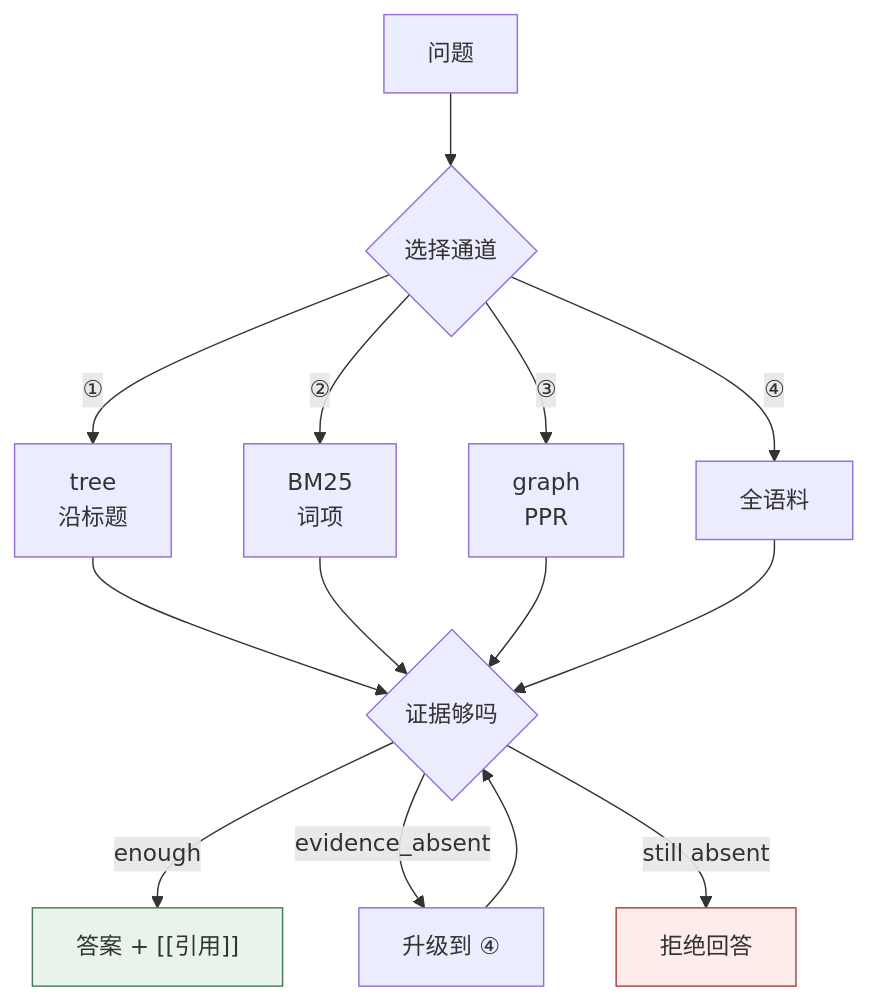
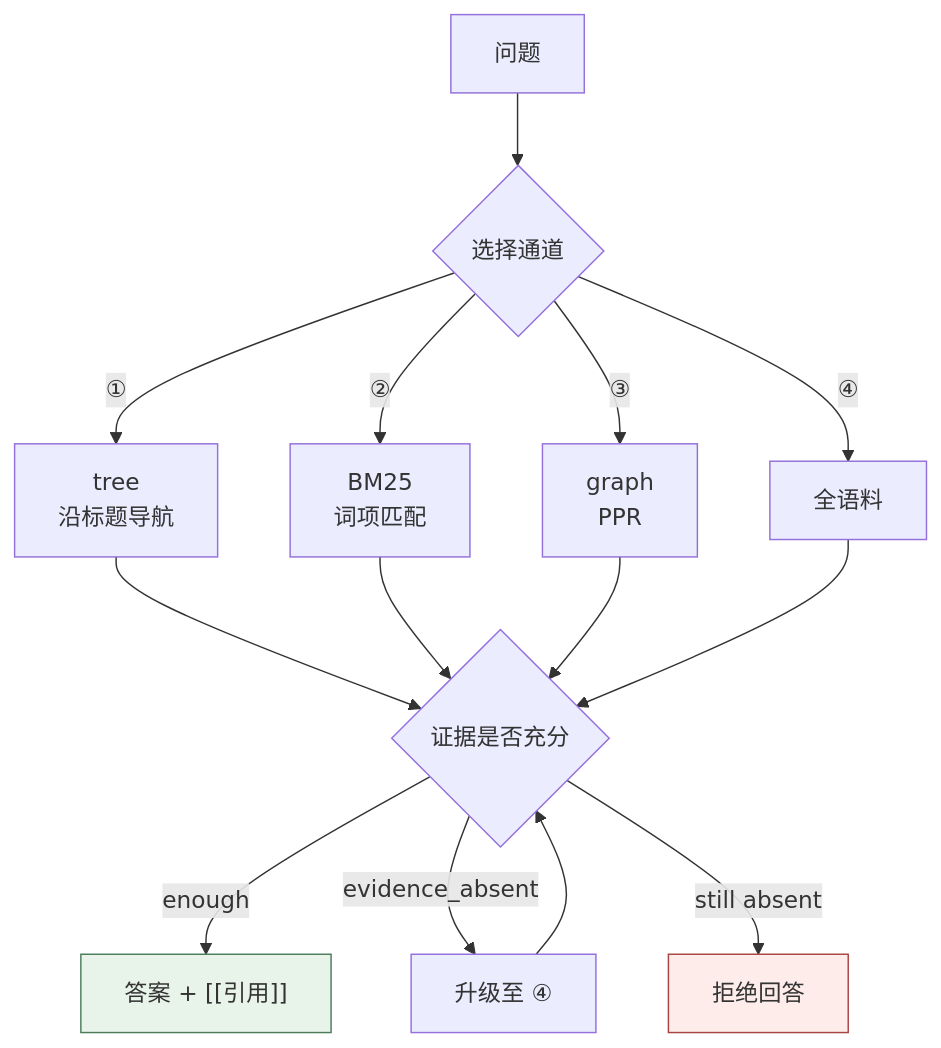
The second of 3 diagrams in README.md (DeepTrial/KoiosBase), drawn with Mermaid before and after one commit. The commit also changed other lines of this file and 5 other files, not shown here.

````diff
--- a/README.md
+++ b/README.md
@@ -131,18 +134,18 @@
 ```mermaid
 flowchart TD
     Q[问题] --> C{"选择通道"}
-    C -->|①| T["tree<br/>沿标题"]
-    C -->|②| B25["BM25<br/>词项"]
+    C -->|①| T["tree<br/>沿标题导航"]
+    C -->|②| B25["BM25<br/>词项匹配"]
     C -->|③| G["graph<br/>PPR"]
     C -->|④| F["全语料"]
-    T --> Gr{"证据够吗"}
+    T --> Gr{"证据是否充分"}
     B25 --> Gr
     G --> Gr
     F --> Gr
     Gr -->|enough| An["答案 + [[引用]]"]
-    Gr -->|"evidence_absent"| Esc["升级到 ④"]
+    Gr -->|"evidence_absent"| Esc["升级至 ④"]
     Esc --> Gr
     Gr -->|still absent| R[拒绝回答]
     style An fill:#e8f4ea,stroke:#4a7c59
     style R fill:#fdecea,stroke:#a94442
 ```
````
